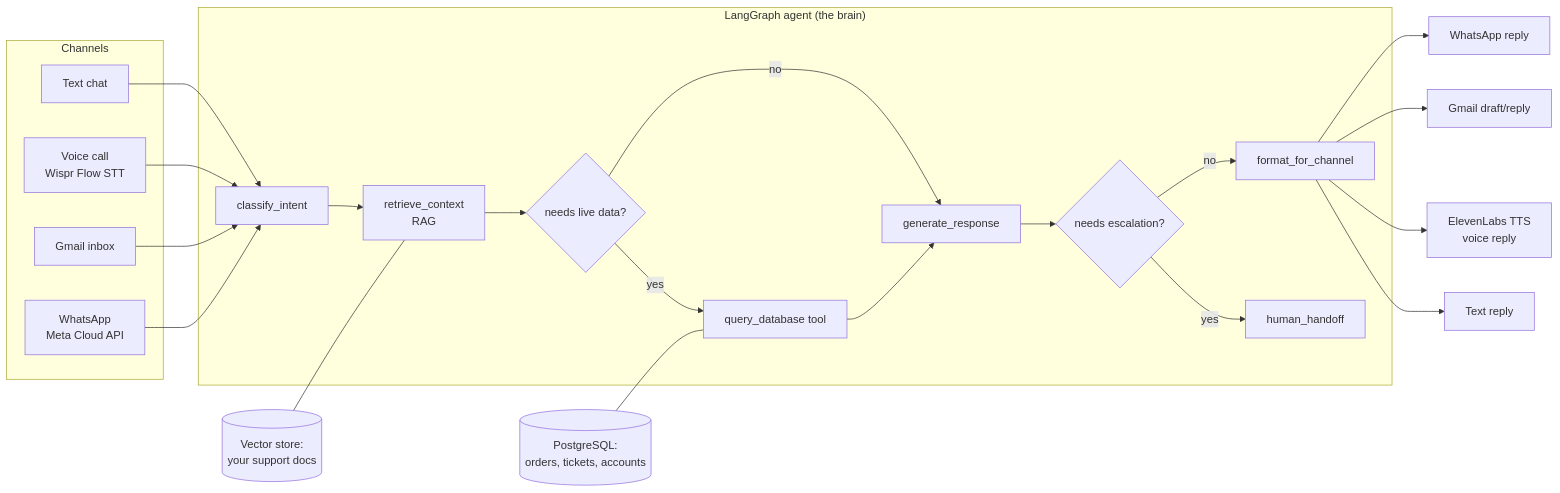
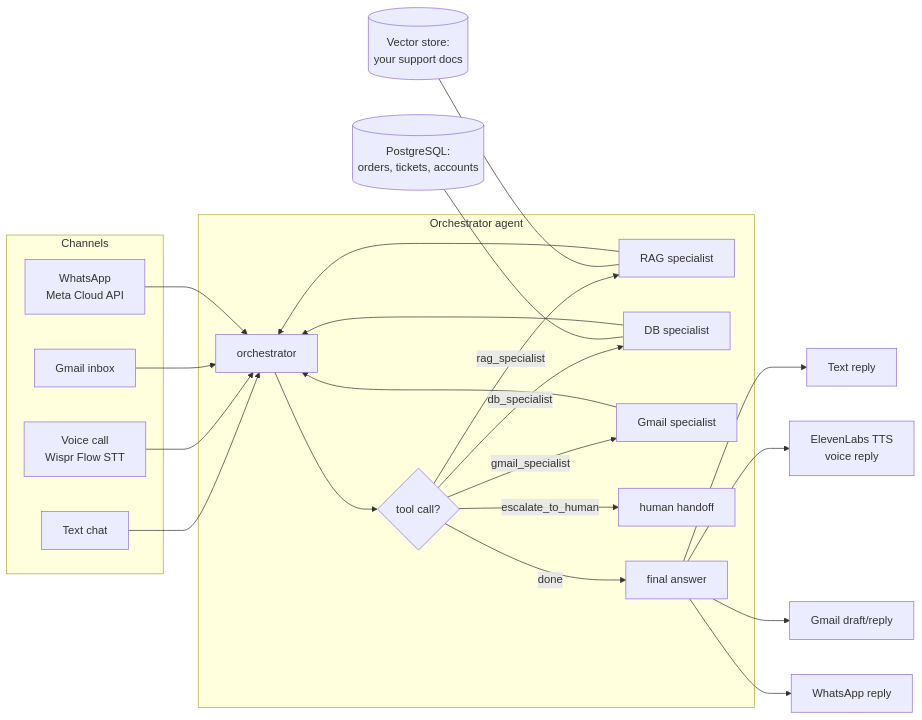
The diagram in customer_support_agent_guide.md (Silverd087/customer-support-agent), drawn with Mermaid before and after one commit. The commit also changed other lines of this file and 14 other files, not shown here.

Commit message:
add classify intent, retrieve context, and generate response

````diff
--- a/customer_support_agent_guide.md
+++ b/customer_support_agent_guide.md
@@ -9,33 +9,34 @@
 ```mermaid
 flowchart LR
     subgraph Channels
         A[Text chat]
         B[Voice call<br/>Wispr Flow STT]
         C[Gmail inbox]
         W[WhatsApp<br/>Meta Cloud API]
     end
 
-    A --> D
-    B --> D
-    C --> D
-    W --> D
+    A --> O
+    B --> O
+    C --> O
+    W --> O
 
-    subgraph Core["LangGraph agent (the brain)"]
-        D[classify_intent] --> E[retrieve_context<br/>RAG]
-        E --> T{needs live data?}
-        T -->|yes| Q[query_database tool]
-        Q --> F
-        T -->|no| F[generate_response]
-        F --> G{needs escalation?}
-        G -->|yes| H[human_handoff]
-        G -->|no| I[format_for_channel]
+    subgraph Core["Orchestrator agent"]
+        O[orchestrator] --> S{tool call?}
+        S -->|rag_specialist| R[RAG specialist]
+        S -->|db_specialist| D[DB specialist]
+        S -->|gmail_specialist| G[Gmail specialist]
+        S -->|escalate_to_human| H[human handoff]
+        S -->|done| F[final answer]
+        R --> O
+        D --> O
+        G --> O
     end
 
-    I --> J[Text reply]
-    I --> K[ElevenLabs TTS<br/>voice reply]
-    I --> L[Gmail draft/reply]
-    I --> X[WhatsApp reply]
+    F --> J[Text reply]
+    F --> K[ElevenLabs TTS<br/>voice reply]
+    F --> L[Gmail draft/reply]
+    F --> X[WhatsApp reply]
 
-    M[(Vector store:<br/>your support docs)] --- E
-    N[(PostgreSQL:<br/>orders, tickets, accounts)] --- Q
+    M[(Vector store:<br/>your support docs)] --- R
+    N[(PostgreSQL:<br/>orders, tickets, accounts)] --- D
 ```
````
